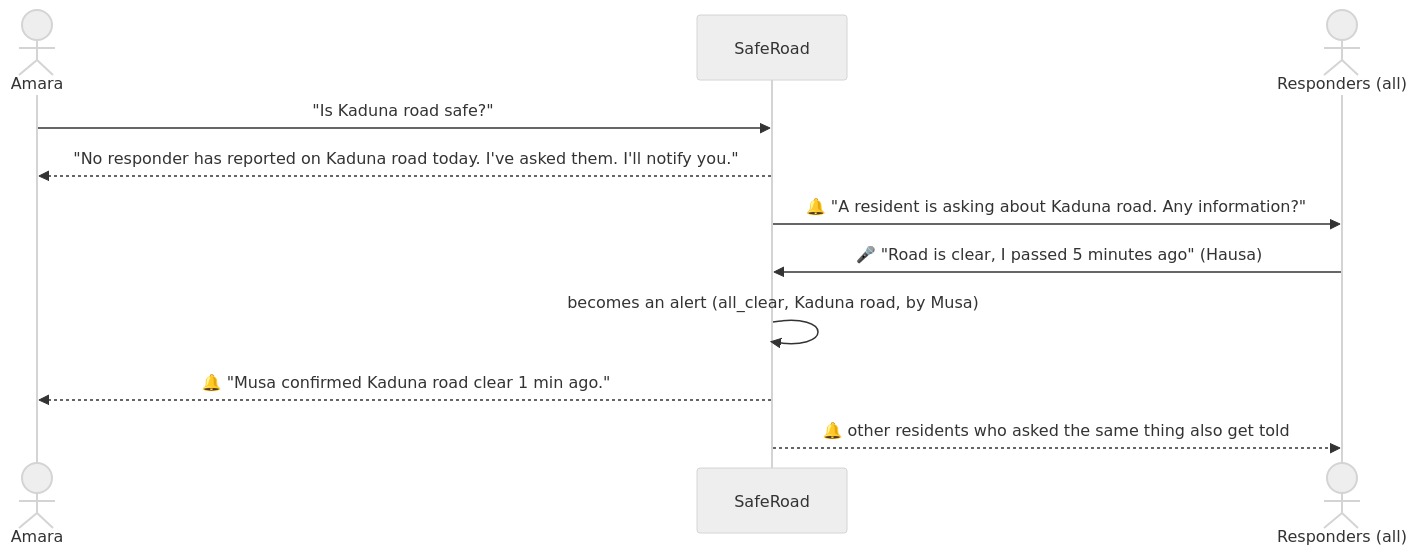
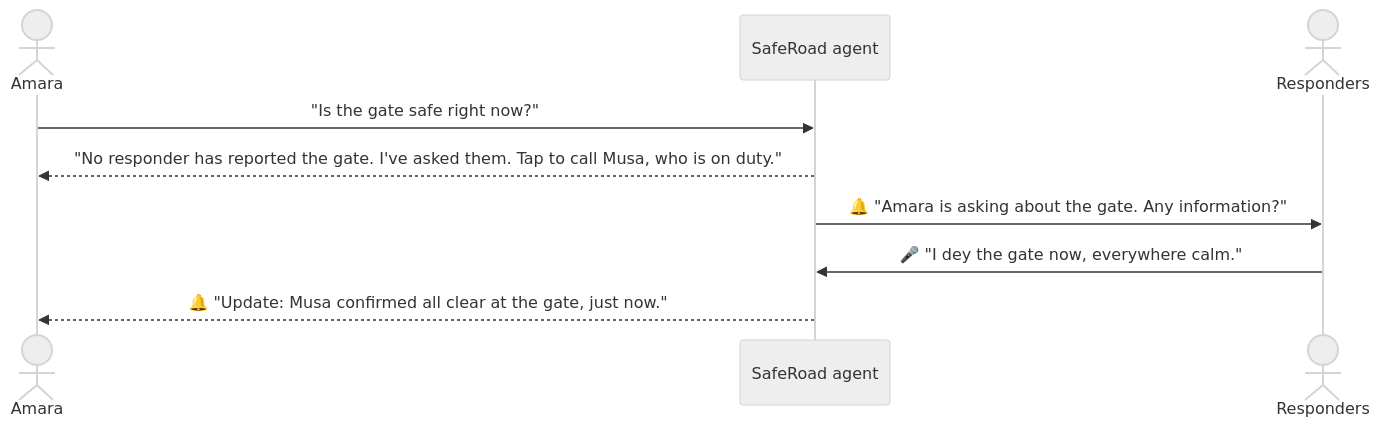
Before and after one commit to Abdullah-webd/ktechfest-ai: the third of 4 diagrams in architecture.md, drawn with Mermaid (neutral theme). The commit also changed other lines of this file and 1 other file, not shown here.

Commit message:
Docs: README model update; architecture explained in plain language for the current system

````diff
--- a/architecture.md
+++ b/architecture.md
@@ -117,13 +78,11 @@
 ```mermaid
 sequenceDiagram
     actor A as Amara
-    participant App as SafeRoad
-    actor R as Responders (all)
-    A->>App: "Is Kaduna road safe?"
-    App-->>A: "No responder has reported on Kaduna road today. I've asked them. I'll notify you."
-    App->>R: 🔔 "A resident is asking about Kaduna road. Any information?"
-    R->>App: 🎤 "Road is clear, I passed 5 minutes ago" (Hausa)
-    App->>App: becomes an alert (all_clear, Kaduna road, by Musa)
-    App-->>A: 🔔 "Musa confirmed Kaduna road clear 1 min ago."
-    App-->>R: 🔔 other residents who asked the same thing also get told
+    participant AG as SafeRoad agent
+    actor M as Responders
+    A->>AG: "Is the gate safe right now?"
+    AG-->>A: "No responder has reported the gate. I've asked them. Tap to call Musa, who is on duty."
+    AG->>M: 🔔 "Amara is asking about the gate. Any information?"
+    M->>AG: 🎤 "I dey the gate now, everywhere calm."
+    AG-->>A: 🔔 "Update: Musa confirmed all clear at the gate, just now."
 ```
````
